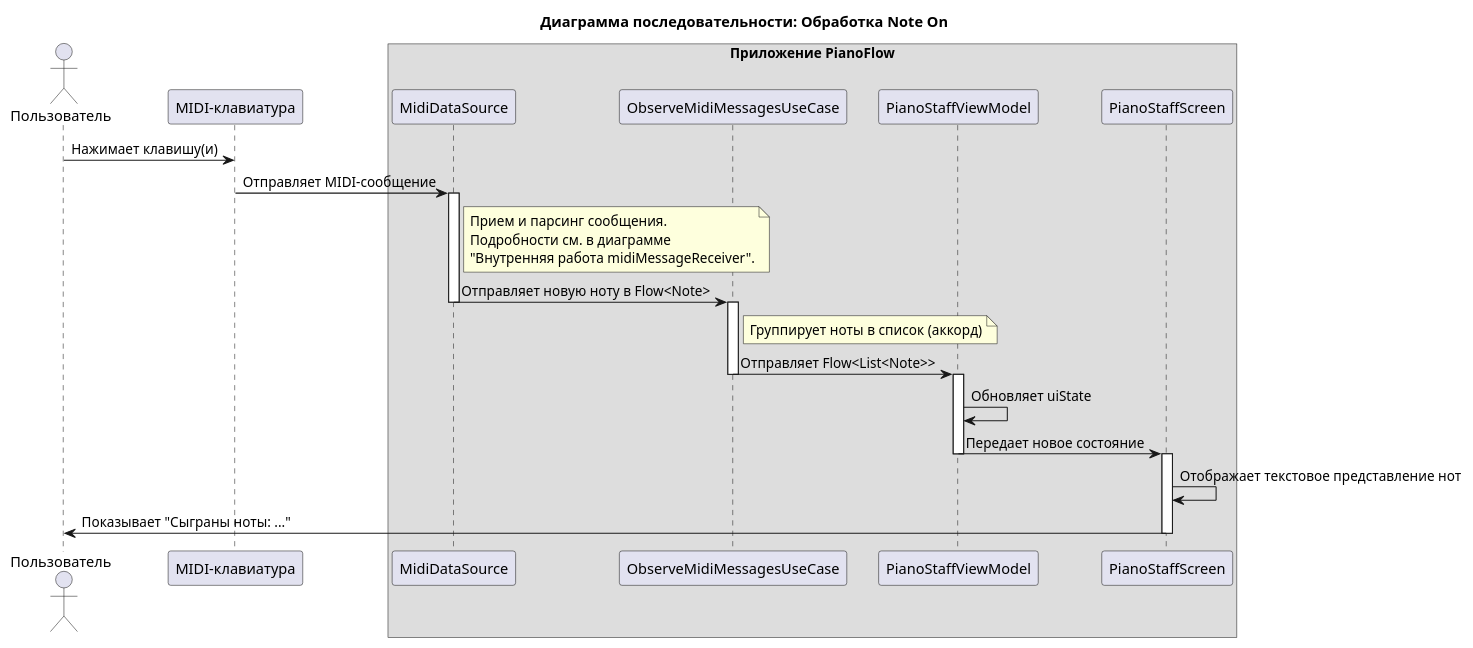
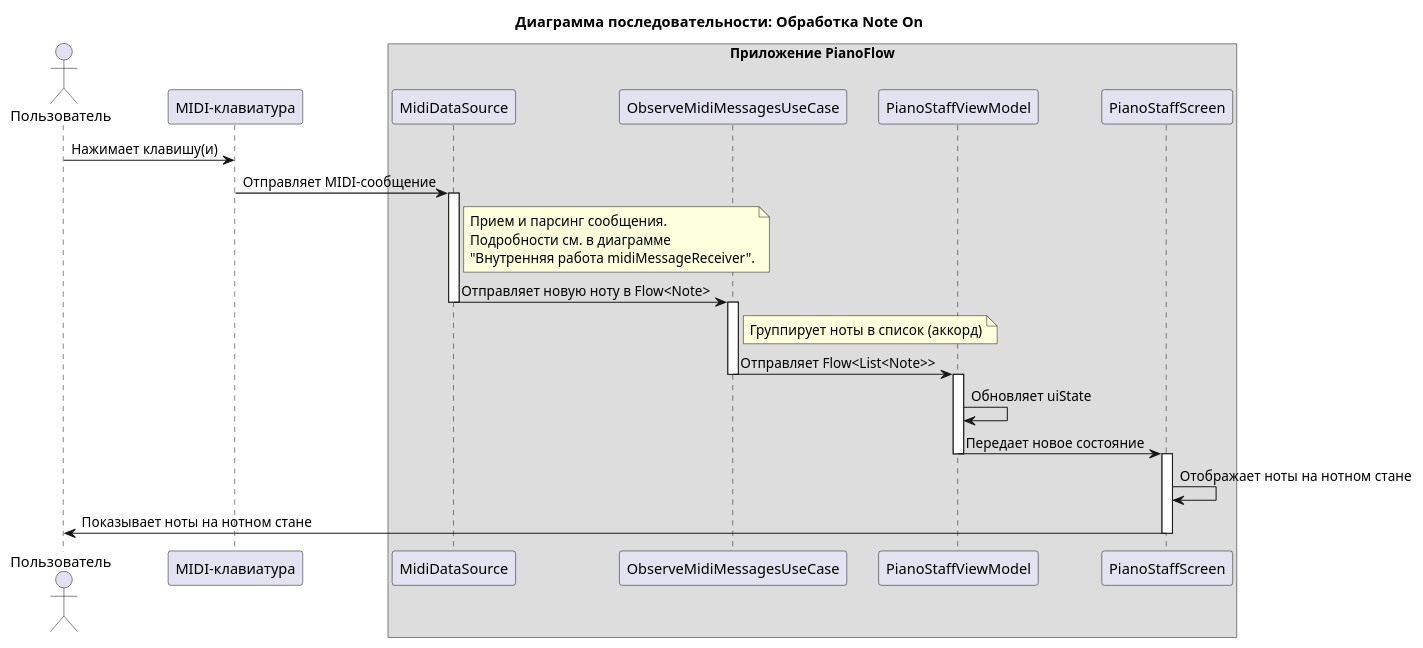
One commit to astrizhachuk/PianoFlow changed the fifth of 5 diagrams in docs/ts/MIDI_MESSAGE_PROCESSING.md. Above: the diagram before and after it, drawn with PlantUML. The commit also changed other lines of this file, not shown here.

````diff
--- a/docs/ts/MIDI_MESSAGE_PROCESSING.md
+++ b/docs/ts/MIDI_MESSAGE_PROCESSING.md
@@ -277,43 +277,43 @@
 ```plantuml
 @startuml
 title Диаграмма последовательности: Обработка Note On
 
 actor Пользователь as User
 participant "MIDI-клавиатура" as Keyboard
 box "Приложение PianoFlow"
   participant "MidiDataSource" as DS
   participant "ObserveMidiMessagesUseCase" as UC
   participant "PianoStaffViewModel" as VM
   participant "PianoStaffScreen" as Screen
 end box
 
 User -> Keyboard : Нажимает клавишу(и)
 Keyboard -> DS : Отправляет MIDI-сообщение
 activate DS
 
 note right of DS
   Прием и парсинг сообщения.
   Подробности см. в диаграмме
   "Внутренняя работа midiMessageReceiver".
 end note
 
 DS -> UC : Отправляет новую ноту в Flow<Note>
 deactivate DS
 activate UC
 
 note right of UC: Группирует ноты в список (аккорд)
 UC -> VM : Отправляет Flow<List<Note>>
 deactivate UC
 activate VM
 
 VM -> VM : Обновляет uiState
 VM -> Screen : Передает новое состояние
 deactivate VM
 activate Screen
 
-Screen -> Screen : Отображает текстовое представление нот
-Screen -> User : Показывает "Сыграны ноты: ..."
+Screen -> Screen : Отображает ноты на нотном стане
+Screen -> User : Показывает ноты на нотном стане
 deactivate Screen
 
 @enduml
 ```
````
